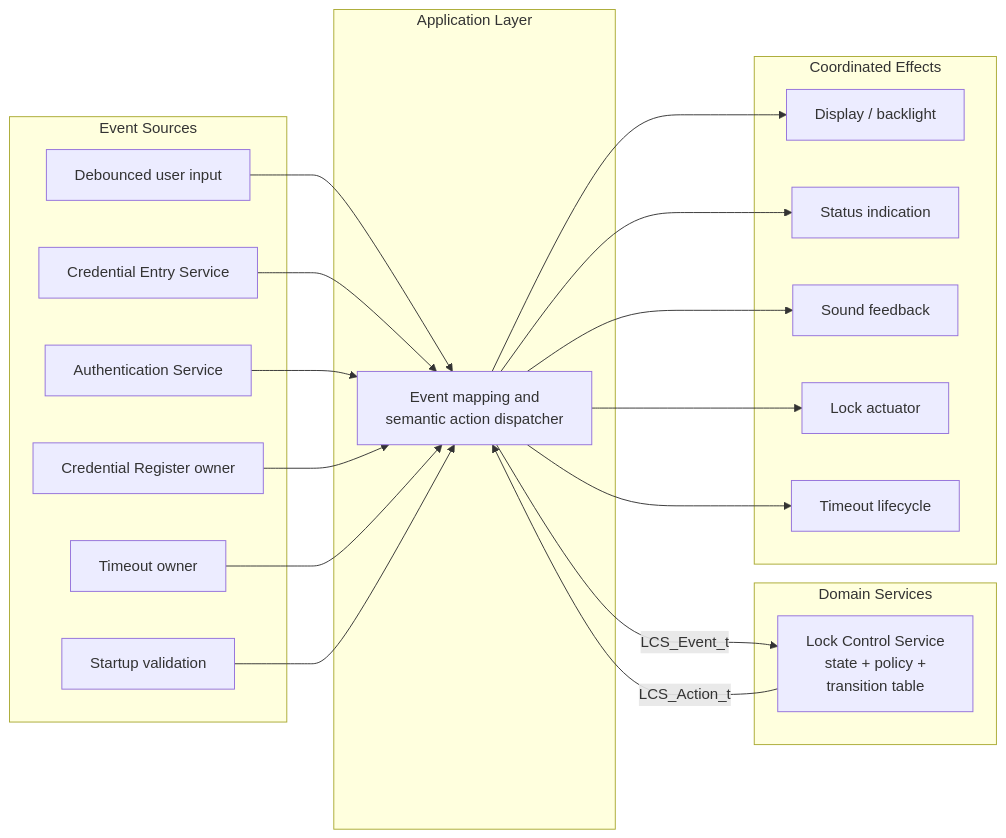
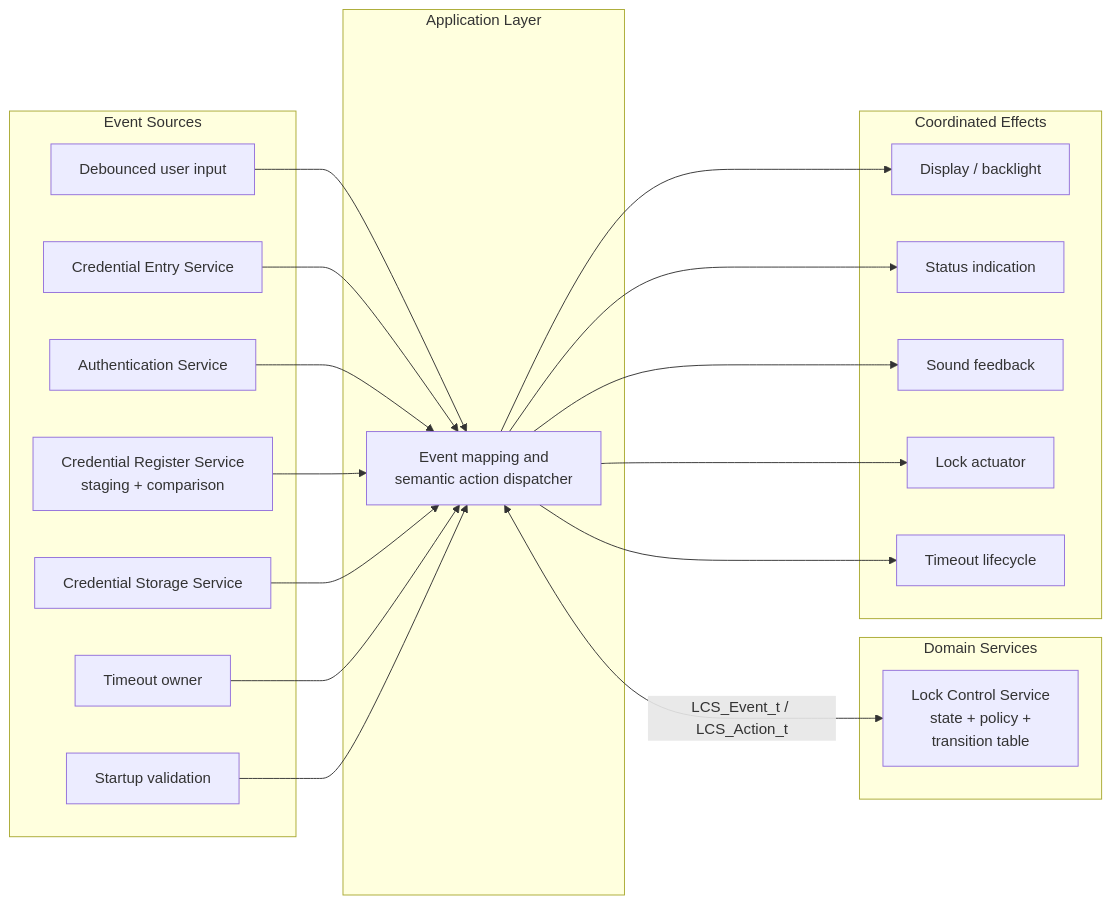
Before and after one commit to JP-REY/STM32F103C8T6-Based-Electronic-Lock: the first of 6 diagrams in Libs/Services/Lock_Control/README.md, drawn with Mermaid. The commit also changed other lines of this file and 8 other files, not shown here.

First line of the commit message:
feature(lock-control): integrate credential register flow into FSM

````diff
--- a/Libs/Services/Lock_Control/README.md
+++ b/Libs/Services/Lock_Control/README.md
@@ -151,41 +155,42 @@
 ```mermaid
 flowchart LR
     subgraph SOURCES["Event Sources"]
         INPUT["Debounced user input"]
         CES["Credential Entry Service"]
         AUTH["Authentication Service"]
-        REGISTER["Credential Register owner"]
+        REGISTER["Credential Register Service<br/>staging + comparison"]
+        STORAGE["Credential Storage Service"]
         TIME["Timeout owner"]
         BOOT["Startup validation"]
     end
 
     subgraph DOMAIN["Domain Services"]
         LCS["Lock Control Service<br/>state + policy + <br/>transition table"]
     end
 
     subgraph APP["Application Layer"]
         DISPATCH["Event mapping and<br/>semantic action dispatcher"]
     end
 
     subgraph EFFECTS["Coordinated Effects"]
         DISPLAY["Display / backlight"]
         STATUS["Status indication"]
         SOUND["Sound feedback"]
         LOCK["Lock actuator"]
         TIMERS["Timeout lifecycle"]
     end
 
     INPUT --> DISPATCH
     CES --> DISPATCH
     AUTH --> DISPATCH
     REGISTER --> DISPATCH
+    STORAGE --> DISPATCH
     TIME --> DISPATCH
     BOOT --> DISPATCH
-    DISPATCH -->|"LCS_Event_t"| LCS
-    LCS -->|"LCS_Action_t"| DISPATCH
+    DISPATCH <-->|"LCS_Event_t / LCS_Action_t"| LCS
     DISPATCH --> DISPLAY
     DISPATCH --> STATUS
     DISPATCH --> SOUND
     DISPATCH --> LOCK
     DISPATCH --> TIMERS
 ```
````
